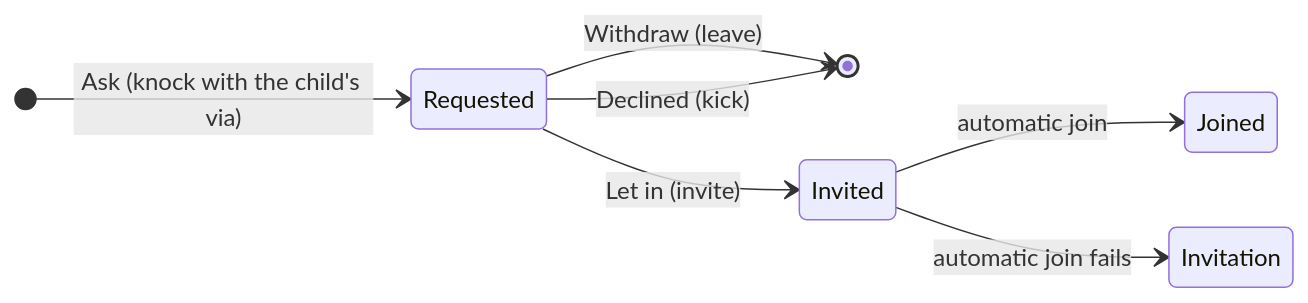
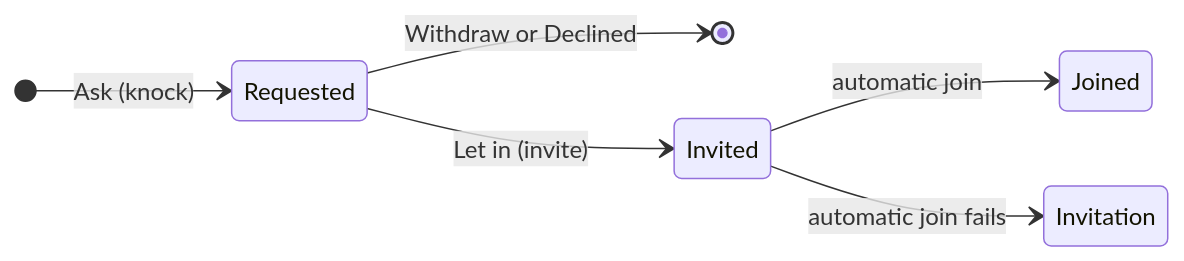
Before and after one commit to Zuno-Chat/zuno-chat: the diagram in docs/features/communities.md, drawn with Mermaid. The commit also changed other lines of this file and 17 other files, not shown here.

````diff
--- a/docs/features/communities.md
+++ b/docs/features/communities.md
@@ -36,10 +33,9 @@
 ```mermaid
 stateDiagram-v2
   direction LR
-  [*] --> Requested: Ask (knock with the child's via)
-  Requested --> [*]: Withdraw (leave)
-  Requested --> [*]: Declined (kick)
+  [*] --> Requested: Ask (knock)
+  Requested --> [*]: Withdraw or Declined
   Requested --> Invited: Let in (invite)
   Invited --> Joined: automatic join
   Invited --> Invitation: automatic join fails
 ```
````
